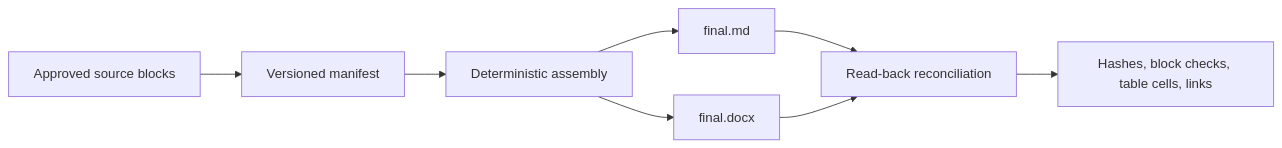
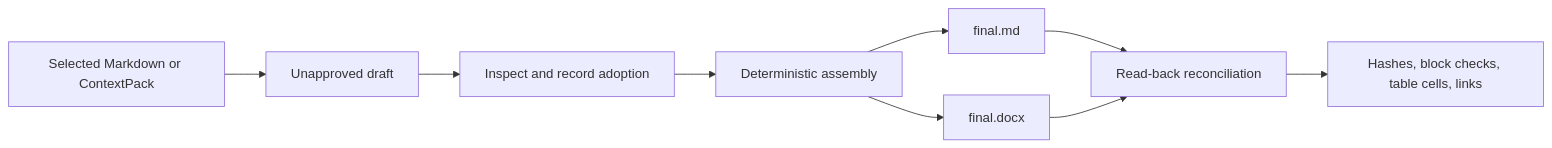
The diagram in README.md (liulinlin718-netizen/final-assembly), drawn with Mermaid before and after one commit. The commit also changed other lines of this file and 20 other files, not shown here.

First line of the commit message:
feat: streamline approved assembly and optimize DOCX tables

````diff
--- a/README.md
+++ b/README.md
@@ -13,10 +21,11 @@
 ```mermaid
 flowchart LR
-    A[Approved source blocks] --> B[Versioned manifest]
-    B --> C[Deterministic assembly]
+    A[Selected Markdown or ContextPack] --> B[Unapproved draft]
+    B --> H[Inspect and record adoption]
+    H --> C[Deterministic assembly]
     C --> D[final.md]
     C --> E[final.docx]
     D --> F[Read-back reconciliation]
     E --> F
     F --> G[Hashes, block checks, table cells, links]
 ```
````
